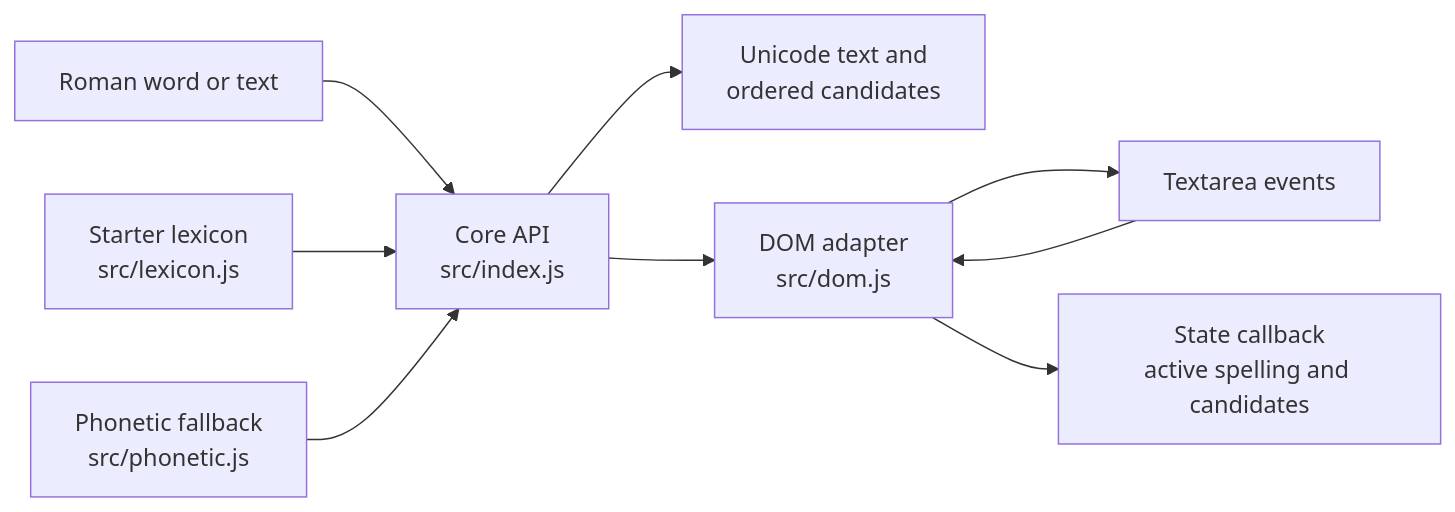
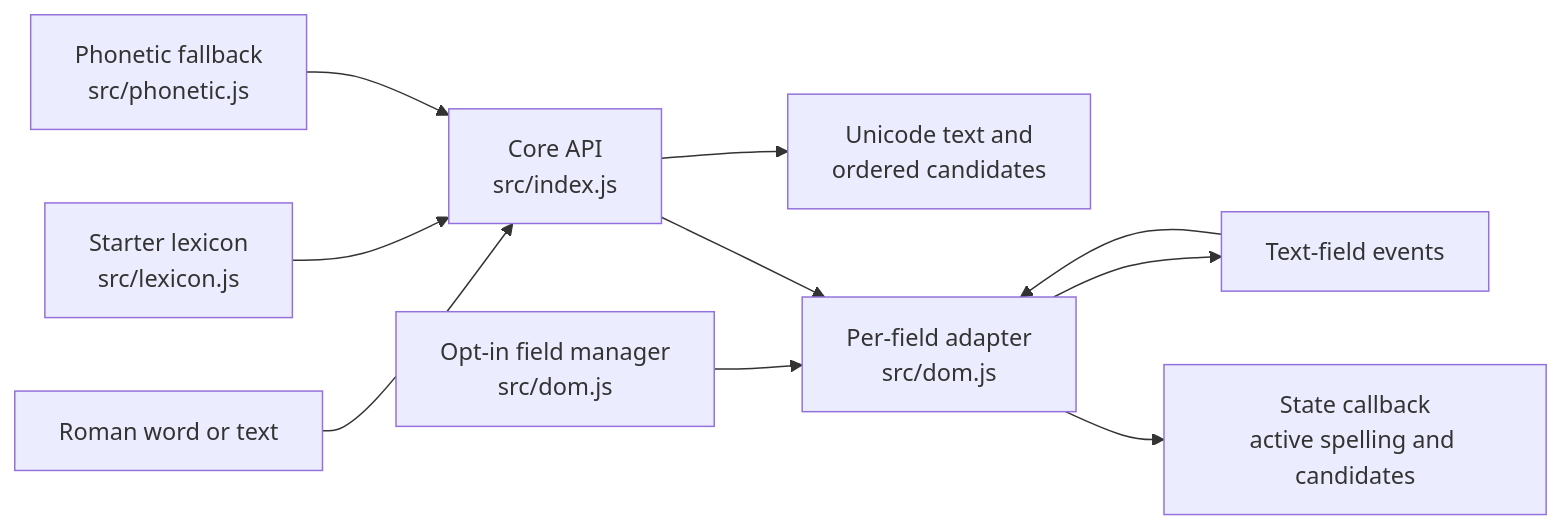
One commit to ojastechnologies/sahajlipi changed the diagram in docs/package/architecture.md. Above: the diagram before and after it, drawn with Mermaid. The commit also changed other lines of this file and 11 other files, not shown here.

````diff
--- a/docs/package/architecture.md
+++ b/docs/package/architecture.md
@@ -9,11 +9,12 @@
 ```mermaid
 flowchart LR
   A[Roman word or text] --> B[Core API<br/>src/index.js]
   L[Starter lexicon<br/>src/lexicon.js] --> B
   P[Phonetic fallback<br/>src/phonetic.js] --> B
   B --> C[Unicode text and<br/>ordered candidates]
-  D[Textarea events] --> E[DOM adapter<br/>src/dom.js]
+  M[Opt-in field manager<br/>src/dom.js] --> E[Per-field adapter<br/>src/dom.js]
+  D[Text-field events] --> E
   B --> E
   E --> D
   E --> F[State callback<br/>active spelling and candidates]
 ```
````
